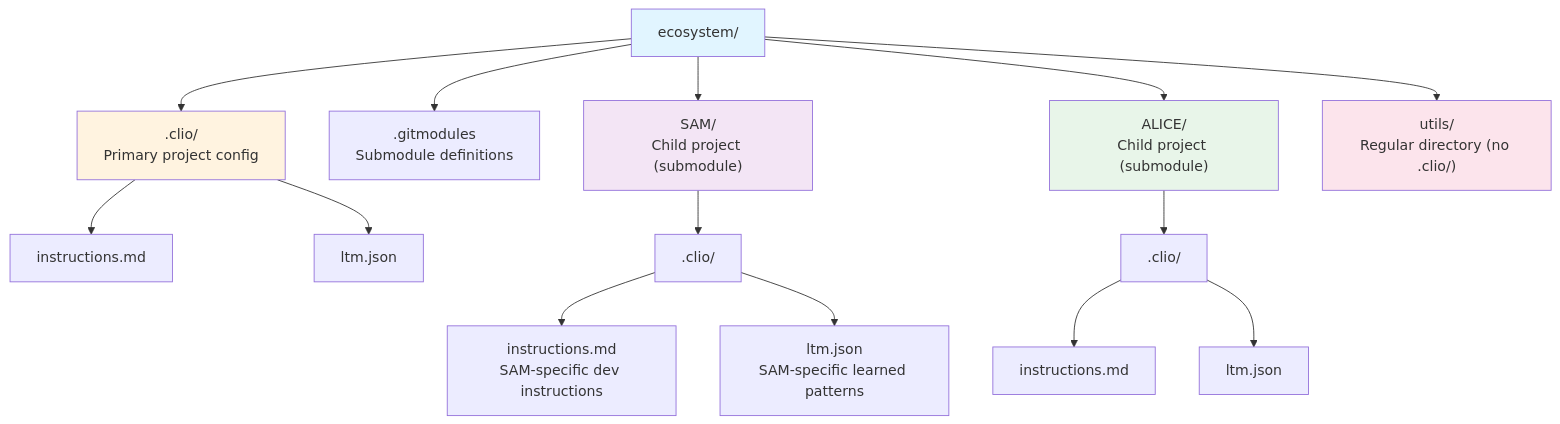
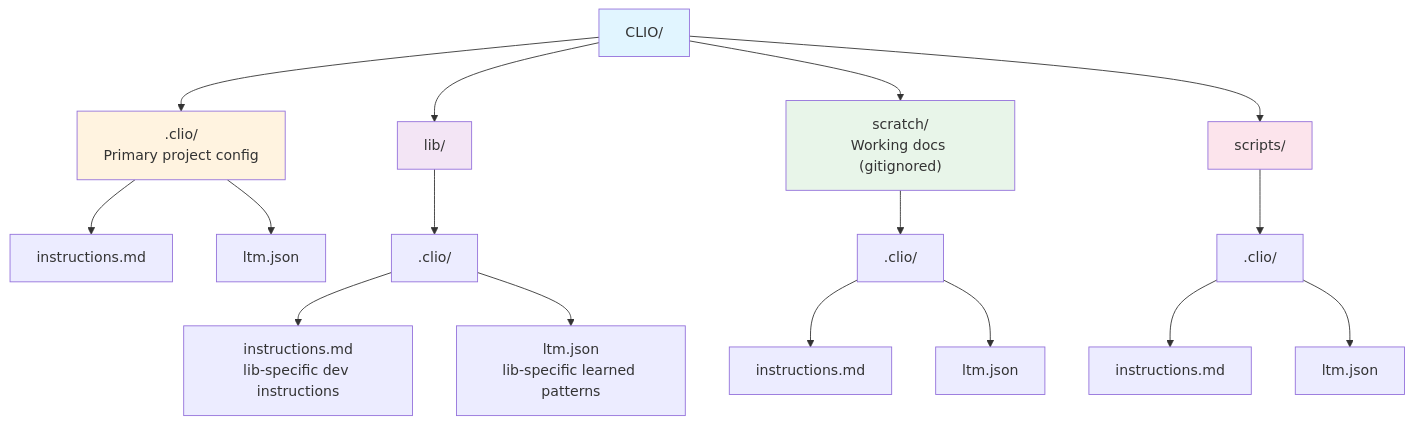
One commit to SyntheticAutonomicMind/CLIO changed the second of 5 diagrams in docs/MULTI_AGENT_COORDINATION.md. Above: the diagram before and after it, drawn with Mermaid. The commit also changed other lines of this file and 14 other files, not shown here.

````diff
--- a/docs/MULTI_AGENT_COORDINATION.md
+++ b/docs/MULTI_AGENT_COORDINATION.md
@@ -81,23 +81,25 @@
 ```mermaid
 graph TD
-    Root["ecosystem/"]
+    Root["CLIO/"]
     Root --> Clio[".clio/<br/>Primary project config"]
     Clio --> ClioInst["instructions.md"]
     Clio --> ClioLtm["ltm.json"]
-    Root --> Gitmodules[".gitmodules<br/>Submodule definitions"]
-    Root --> SAM["SAM/<br/>Child project (submodule)"]
-    SAM --> SClio[".clio/"]
-    SClio --> SInst["instructions.md<br/>SAM-specific dev instructions"]
-    SClio --> SLtm["ltm.json<br/>SAM-specific learned patterns"]
-    Root --> ALICE["ALICE/<br/>Child project (submodule)"]
-    ALICE --> AClio[".clio/"]
-    AClio --> AInst["instructions.md"]
-    AClio --> ALtm["ltm.json"]
-    Root --> Utils["utils/<br/>Regular directory (no .clio/)"]
+    Root --> Lib["lib/"]
+    Lib --> LClio[".clio/"]
+    LClio --> LInst["instructions.md<br/>lib-specific dev instructions"]
+    LClio --> LLtm["ltm.json<br/>lib-specific learned patterns"]
+    Root --> Scratch["scratch/<br/>Working docs (gitignored)"]
+    Scratch --> SClio[".clio/"]
+    SClio --> SInst["instructions.md"]
+    SClio --> SLtm["ltm.json"]
+    Root --> Scripts["scripts/"]
+    Scripts --> ScClio[".clio/"]
+    ScClio --> ScInst["instructions.md"]
+    ScClio --> ScLtm["ltm.json"]
 
     style Root fill:#e1f5ff
     style Clio fill:#fff3e0
-    style SAM fill:#f3e5f5
-    style ALICE fill:#e8f5e9
-    style Utils fill:#fce4ec
+    style Lib fill:#f3e5f5
+    style Scratch fill:#e8f5e9
+    style Scripts fill:#fce4ec
 ```
````
